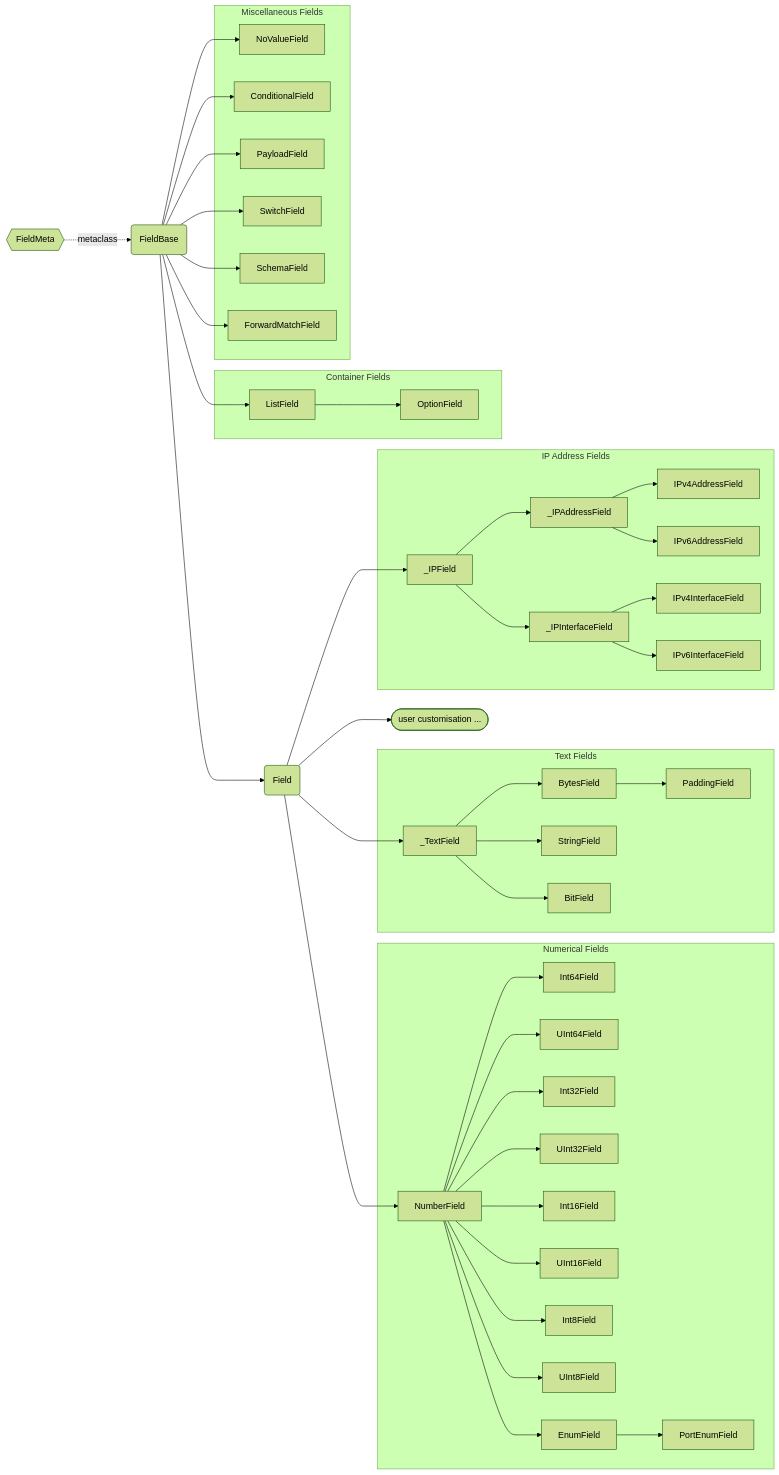
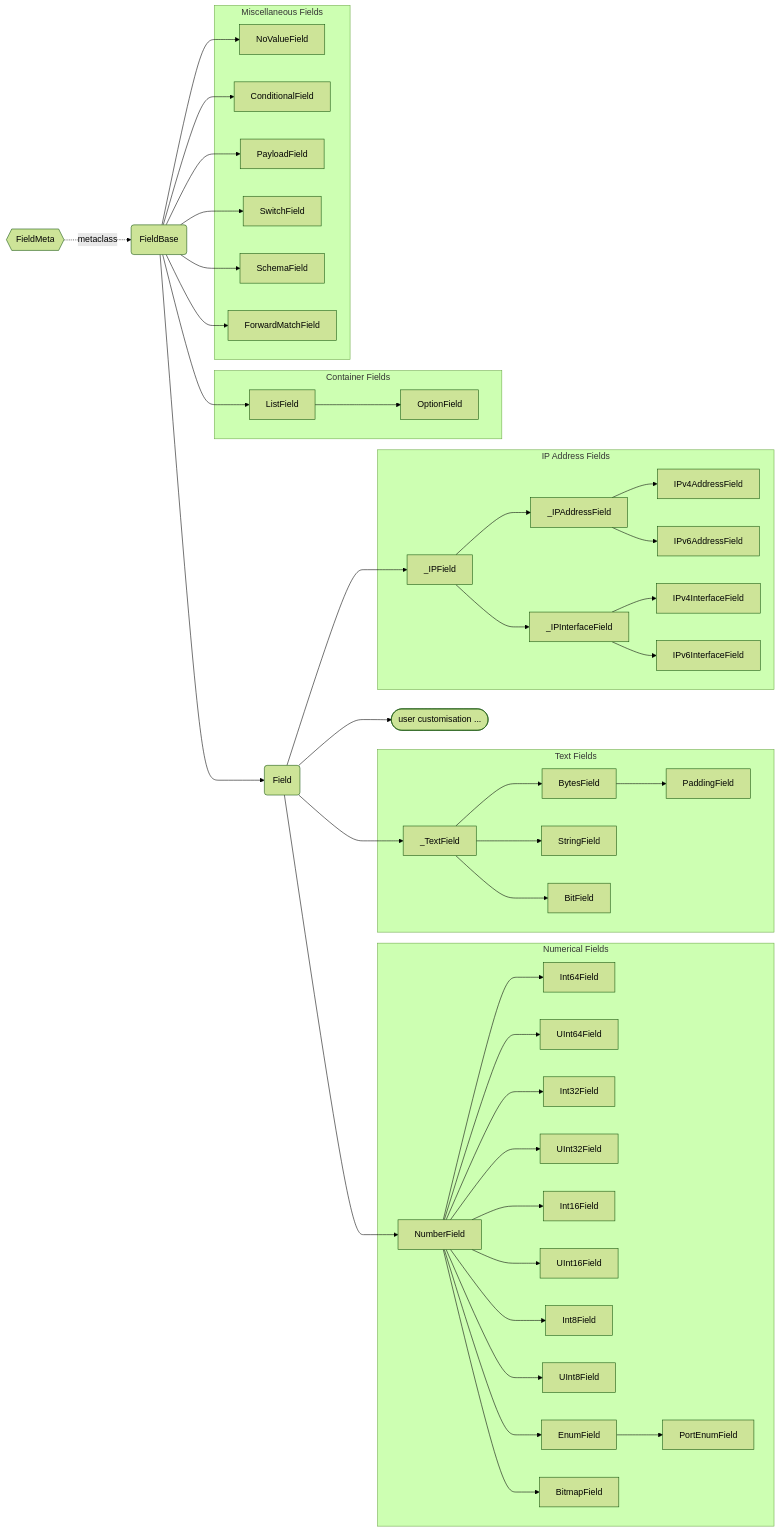
The diagram in docs/source/pcapkit/corekit/fields/index.rst (JarryShaw/PyPCAPKit), drawn with Mermaid (forest theme) before and after one commit. The commit also changed 40 other files, not shown here.

```diff
--- a/docs/source/pcapkit/corekit/fields/index.rst
+++ b/docs/source/pcapkit/corekit/fields/index.rst
@@ -36,6 +36,7 @@
            NumberField --> Int8Field & UInt8Field
            NumberField --> EnumField
            EnumField --> PortEnumField
+           NumberField --> BitmapField
        end
        C --> NumberField
 
@@ -90,6 +91,7 @@
        click UInt8Field "numbers.html#pcapkit.corekit.fields.numbers.UInt8Field"
        click EnumField "numbers.html#pcapkit.corekit.fields.numbers.EnumField"
        click PortEnumField "numbers.html#pcapkit.corekit.fields.numbers.PortEnumField"
+       click BitmapField "numbers.html#pcapkit.corekit.fields.numbers.BitmapField"
 
        click _TextField "strings.html#pcapkit.corekit.fields.strings._TextField"
        click BytesField "strings.html#pcapkit.corekit.fields.strings.BytesField"
```
